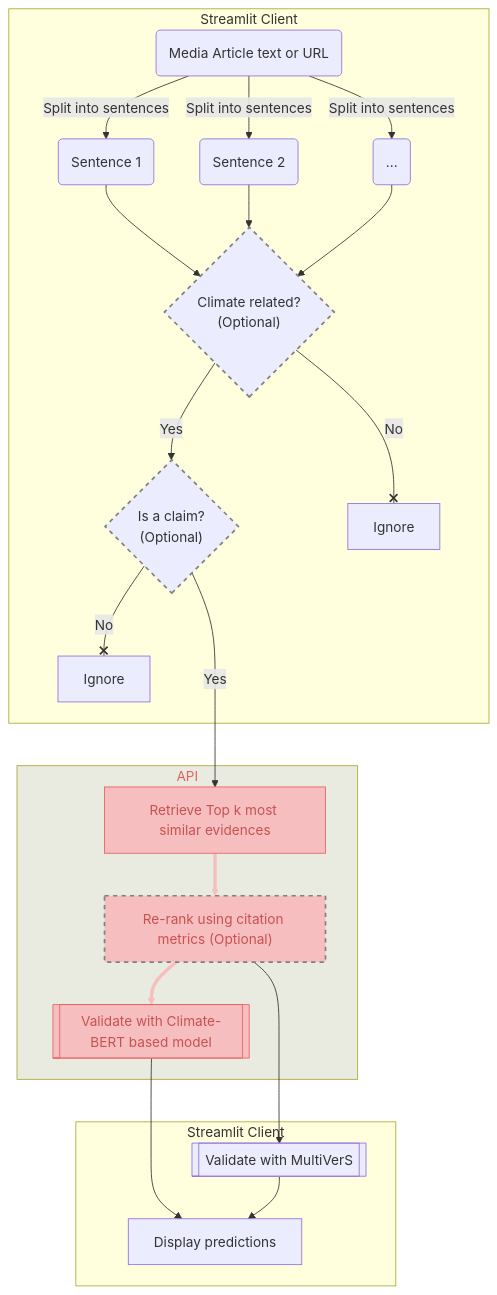
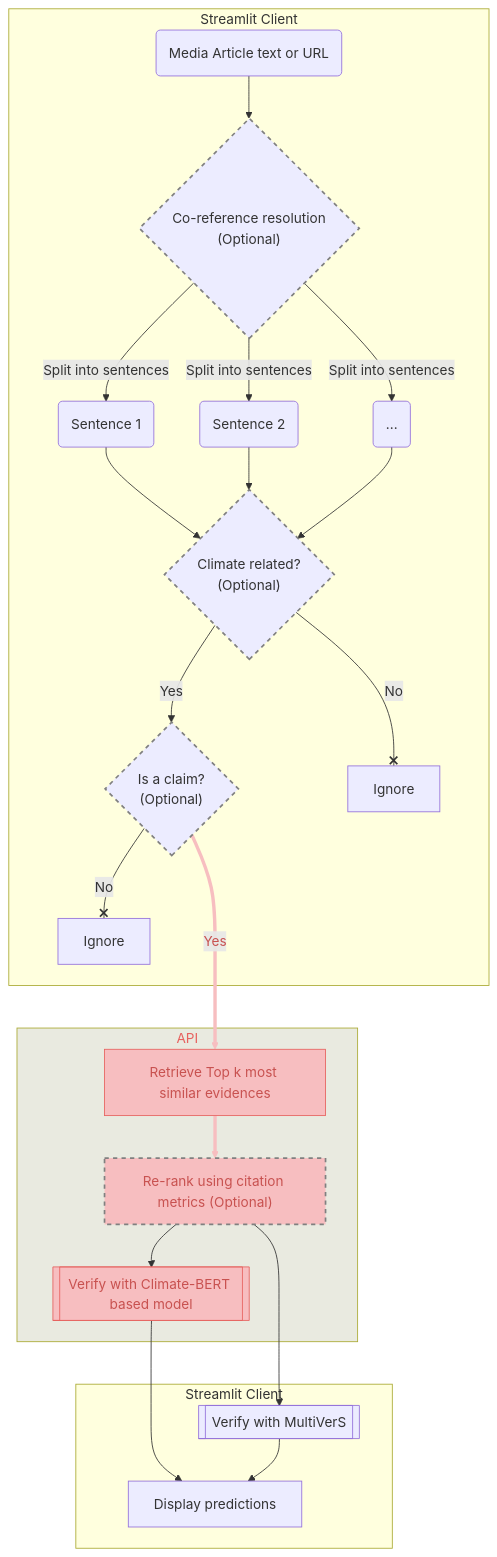
One commit to aaalexlit/cc-evidences-api changed the diagram in README.md. Above: the diagram before and after it, drawn with Mermaid. The commit also changed 1 other file, not shown here.

Commit message:
- fix flowchart labels

````diff
--- a/README.md
+++ b/README.md
@@ -11,32 +11,34 @@
 ```mermaid
 flowchart TB
    subgraph client1 [Streamlit Client]
-      A(Media Article text or URL) -->|Split into sentences| S1("Sentence 1")
-      A -->|Split into sentences| S2("Sentence 2")
-      A -->|Split into sentences| SN("...")
+      A(Media Article text or URL) --> COR{"Co-reference resolution \n (Optional)"}
+      COR -->|Split into sentences| S1("Sentence 1")
+      COR -->|Split into sentences| S2("Sentence 2")
+      COR -->|Split into sentences| SN("...")
       S1 --> CR{"Climate related?\n (Optional)"}
       S2 --> CR
       SN --> CR
       CR -->|Yes| IC{"Is a claim? \n(Optional)"}
       CR --No --x N[ Ignore ]
       IC --No --x N1[Ignore]
    end
    subgraph API
       IC -- Yes ---> E["Retrieve Top k most similar evidences"]
       E:::curAppNode --> R["Re-rank using citation metrics (Optional)"]
-      R:::curAppNode --> VC[["Validate with Climate-BERT based model"]]
+      R:::curAppNode --> VC[["Verify with Climate-BERT based model"]]
    end
    subgraph client2 [ Streamlit Client ]
-      R ---> VM[["Validate with MultiVerS"]]
+      R ---> VM[["Verify with MultiVerS"]]
       VC:::curAppNode --> D["Display predictions"]
       VM --> D
    end
     style R stroke:#808080,stroke-width:2px,stroke-dasharray: 5 5
     style CR stroke:#808080,stroke-width:2px,stroke-dasharray: 5 5
+    style COR stroke:#808080,stroke-width:2px,stroke-dasharray: 5 5
     style IC stroke:#808080,stroke-width:2px,stroke-dasharray: 5 5
     style API fill:#E9EAE0,color:#E7625F
     classDef curAppNode fill:#F7BEC0,color:#C85250,stroke:#E7625F
     linkStyle 10,11 stroke:#F7BEC0,stroke-width:4px,color:#C85250,background-color:#F7BEC0
 ;
 
 ```
````
